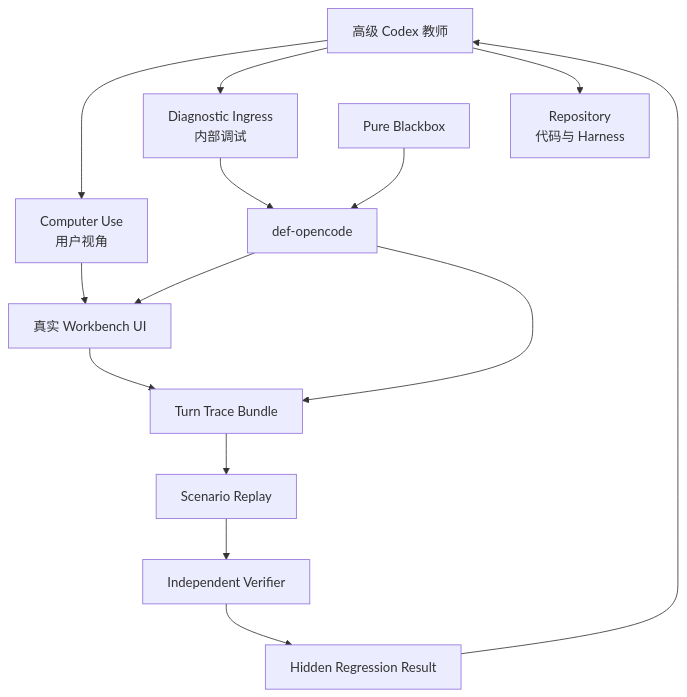
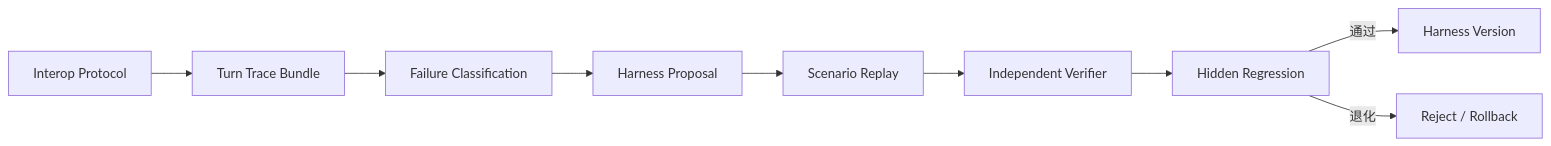
Before and after one commit to Pandluto/dmg-end-field: the diagram in docs/specs/def-opencode-cognitive-runtime-spec8/spec8-1-2.md, drawn with Mermaid. The commit also changed other lines of this file and 5 other files, not shown here.

````diff
--- a/docs/specs/def-opencode-cognitive-runtime-spec8/spec8-1-2.md
+++ b/docs/specs/def-opencode-cognitive-runtime-spec8/spec8-1-2.md
@@ -30,18 +32,11 @@
 ```mermaid
-flowchart TB
-  C["高级 Codex 教师"] --> CU["Computer Use\n用户视角"]
-  C --> DI["Diagnostic Ingress\n内部调试"]
-  C --> Repo["Repository\n代码与 Harness"]
-
-  PB["Pure Blackbox"] --> D["def-opencode"]
-  DI --> D
-  CU --> UI["真实 Workbench UI"]
-  D --> UI
-  D --> TT["Turn Trace Bundle"]
-  UI --> TT
-
-  TT --> RP["Scenario Replay"]
-  RP --> V["Independent Verifier"]
-  V --> HR["Hidden Regression Result"]
-  HR --> C
+flowchart LR
+  P["Interop Protocol"] --> T["Turn Trace Bundle"]
+  T --> F["Failure Classification"]
+  F --> HP["Harness Proposal"]
+  HP --> R["Scenario Replay"]
+  R --> V["Independent Verifier"]
+  V --> H["Hidden Regression"]
+  H -->|"通过"| HV["Harness Version"]
+  H -->|"退化"| RB["Reject / Rollback"]
 ```
````
